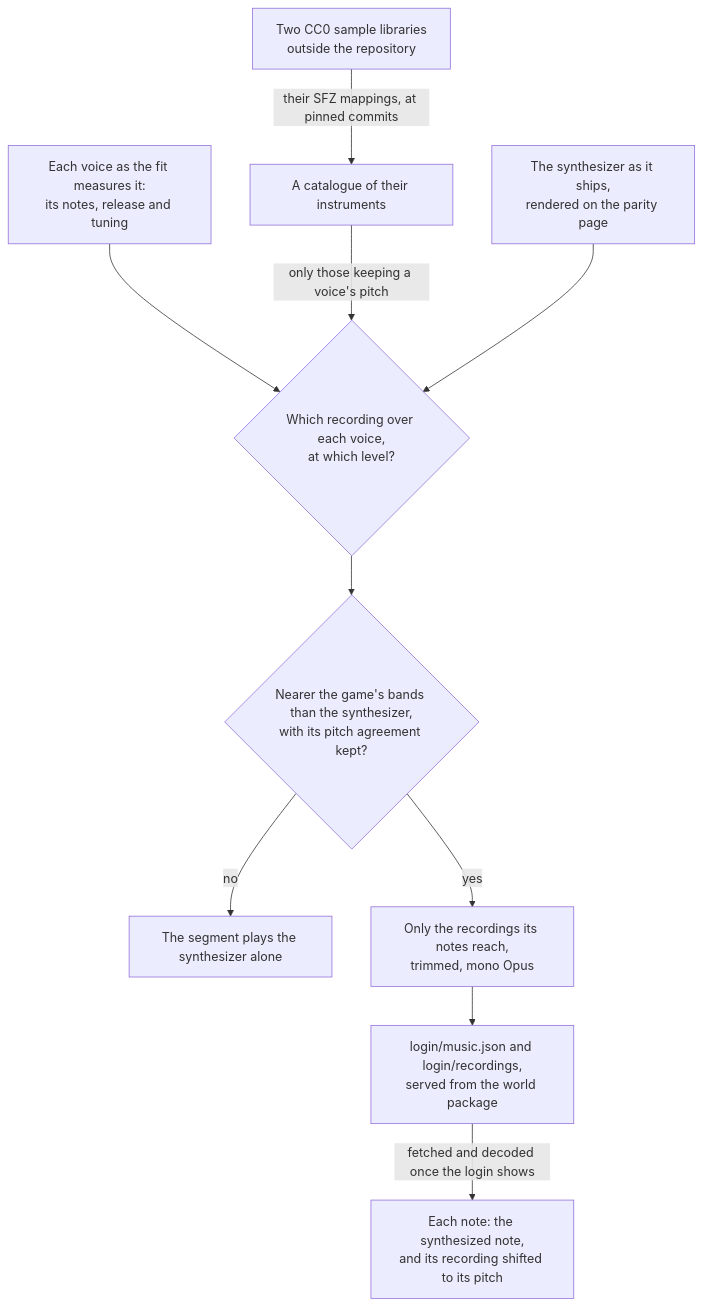
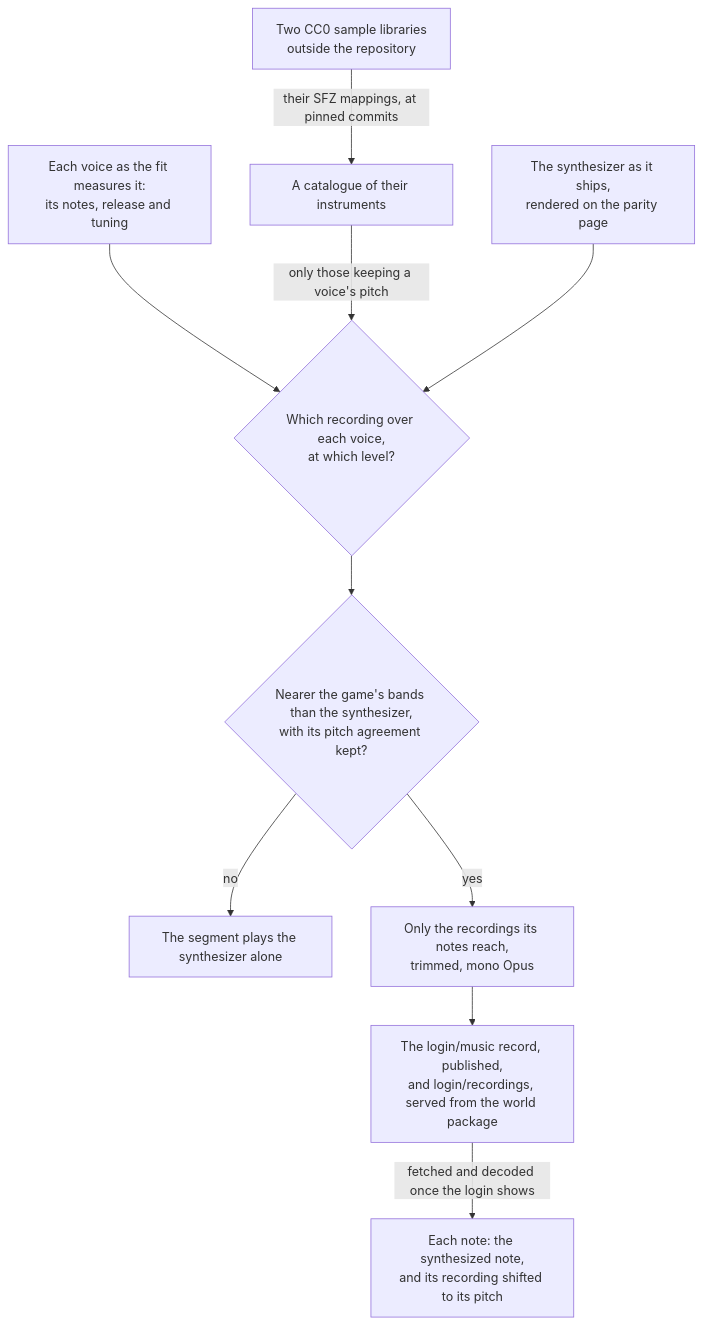
The diagram in apps/web/content/docs/genshin/sampled-instruments.md (Esposter/Esposter), drawn with Mermaid before and after one commit. The commit also changed other lines of this file and 16 other files, not shown here.

````diff
--- a/apps/web/content/docs/genshin/sampled-instruments.md
+++ b/apps/web/content/docs/genshin/sampled-instruments.md
@@ -12,12 +12,12 @@
 ```mermaid
 flowchart TD
   L["Two CC0 sample libraries<br/>outside the repository"] -->|"their SFZ mappings, at pinned commits"| C["A catalogue of their instruments"]
   F["Each voice as the fit measures it:<br/>its notes, release and tuning"] --> S{"Which recording over each voice,<br/>at which level?"}
   C -->|"only those keeping a voice's pitch"| S
   B["The synthesizer as it ships,<br/>rendered on the parity page"] --> S
   S --> T{"Nearer the game's bands than the synthesizer,<br/>with its pitch agreement kept?"}
   T -->|"no"| X["The segment plays the synthesizer alone"]
   T -->|"yes"| E["Only the recordings its notes reach,<br/>trimmed, mono Opus"]
-  E --> W["login/music.json and login/recordings,<br/>served from the world package"]
+  E --> W["The login/music record, published,<br/>and login/recordings, served from the world package"]
   W -->|"fetched and decoded once the login shows"| P["Each note: the synthesized note,<br/>and its recording shifted to its pitch"]
 ```
````
